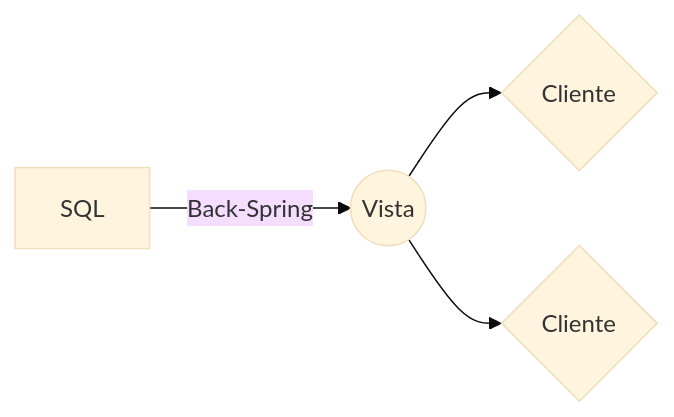
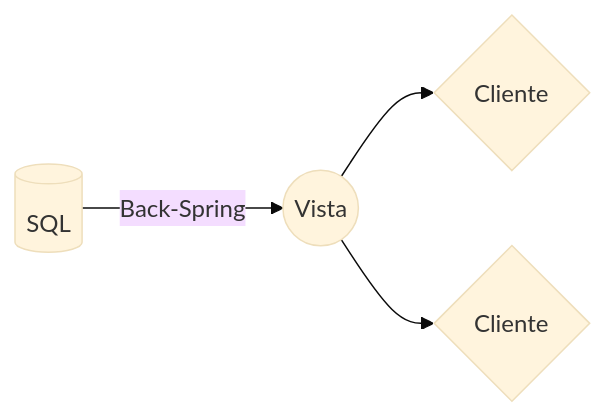
Before and after one commit to jose55mase/tienda_flutter_spring: the diagram in README.md, drawn with Mermaid (base theme).

````diff
--- a/README.md
+++ b/README.md
@@ -14,7 +14,8 @@
 ```mermaid
 graph LR
-A[SQL] -- Back-Spring --> B((Vista))
+A[(SQL)] -- Back-Spring --> B((Vista))
  --> F{Cliente}
 B --> D{Cliente}
 
+
 ```
````
